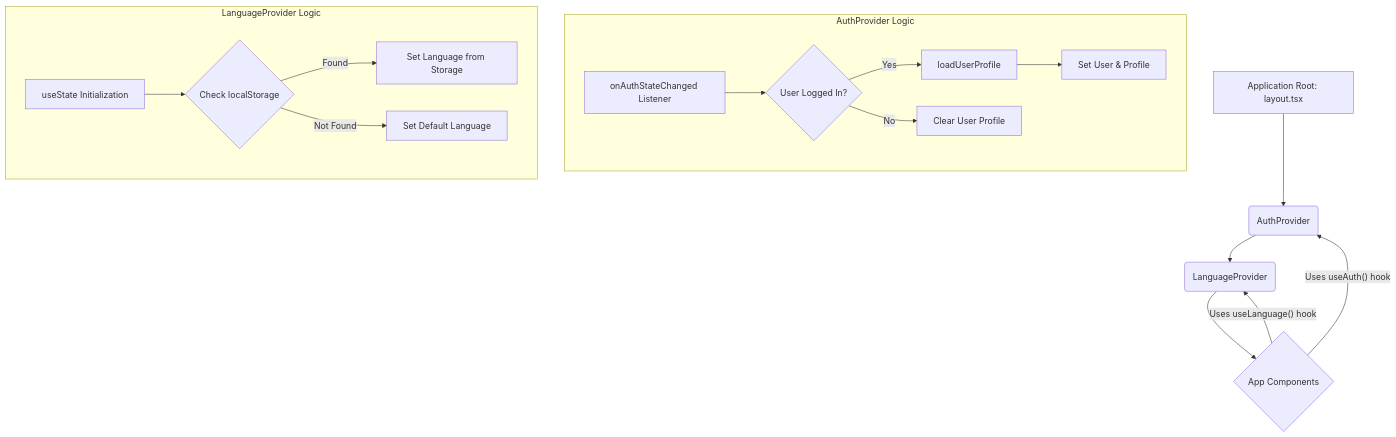
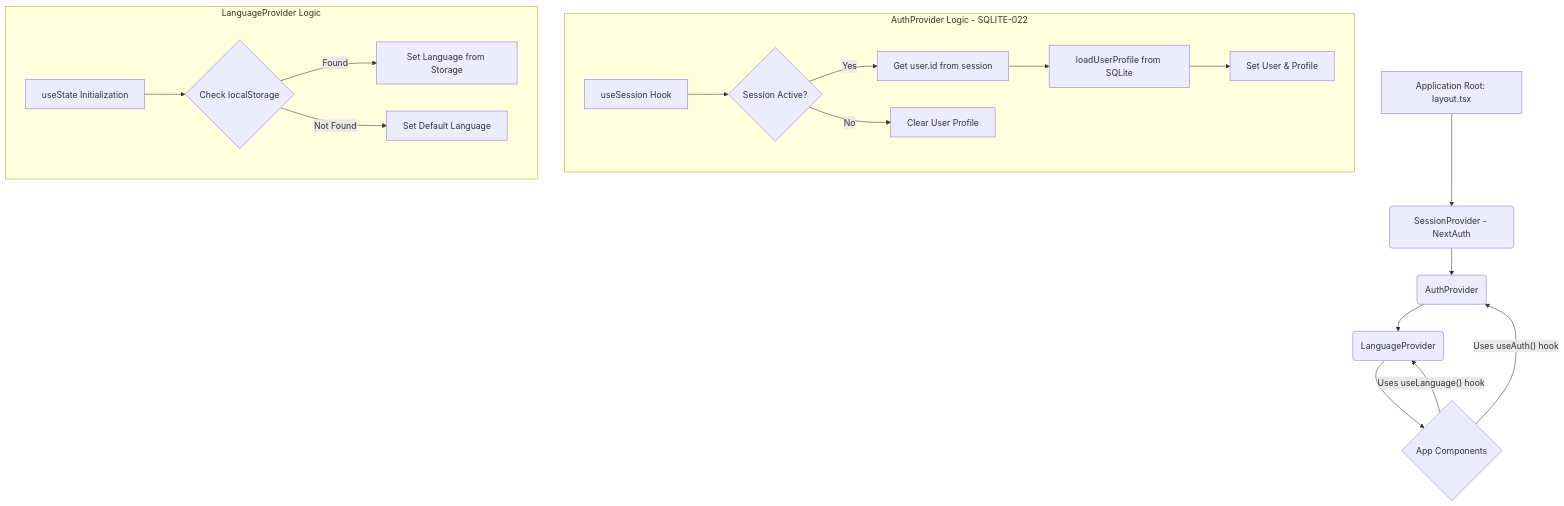
Before and after one commit to CongJie-Pan/TheChamber_Of_RedMansion_FireBaseStudio: the first of 2 diagrams in docs/structure_module_infoMD/React Context Modules/React_Context_module_info.md, drawn with Mermaid. The commit also changed other lines of this file and 15 other files, not shown here.

First line of the commit message:
( SQLITE-021 and SQLITE-022) feat: Migrate authentication from Firebase to NextAuth.js with SQLite support

````diff
--- a/docs/structure_module_infoMD/React Context Modules/React_Context_module_info.md
+++ b/docs/structure_module_infoMD/React Context Modules/React_Context_module_info.md
@@ -50,22 +48,24 @@
 ```mermaid
 flowchart TD
-    A[Application Root: layout.tsx] --> B(AuthProvider);
-    B --> C(LanguageProvider);
-    C --> D{App Components};
+    A[Application Root: layout.tsx] --> B(SessionProvider - NextAuth);
+    B --> C(AuthProvider);
+    C --> D(LanguageProvider);
+    D --> E{App Components};
 
-    subgraph AuthProvider Logic
-        E[onAuthStateChanged Listener] --> F{User Logged In?};
-        F -- Yes --> G[loadUserProfile];
-        F -- No --> H[Clear User Profile];
-        G --> I[Set User & Profile];
+    subgraph AuthProvider Logic - SQLITE-022
+        F[useSession Hook] --> G{Session Active?};
+        G -- Yes --> H[Get user.id from session];
+        H --> I[loadUserProfile from SQLite];
+        G -- No --> J[Clear User Profile];
+        I --> K[Set User & Profile];
     end
 
     subgraph LanguageProvider Logic
-        J[useState Initialization] --> K{Check localStorage};
-        K -- Found --> L[Set Language from Storage];
-        K -- Not Found --> M[Set Default Language];
+        L[useState Initialization] --> M{Check localStorage};
+        M -- Found --> N[Set Language from Storage];
+        M -- Not Found --> O[Set Default Language];
     end
 
-    D -- Uses useAuth() hook --> B;
-    D -- Uses useLanguage() hook --> C;
+    E -- Uses useAuth() hook --> C;
+    E -- Uses useLanguage() hook --> D;
 ```
````
